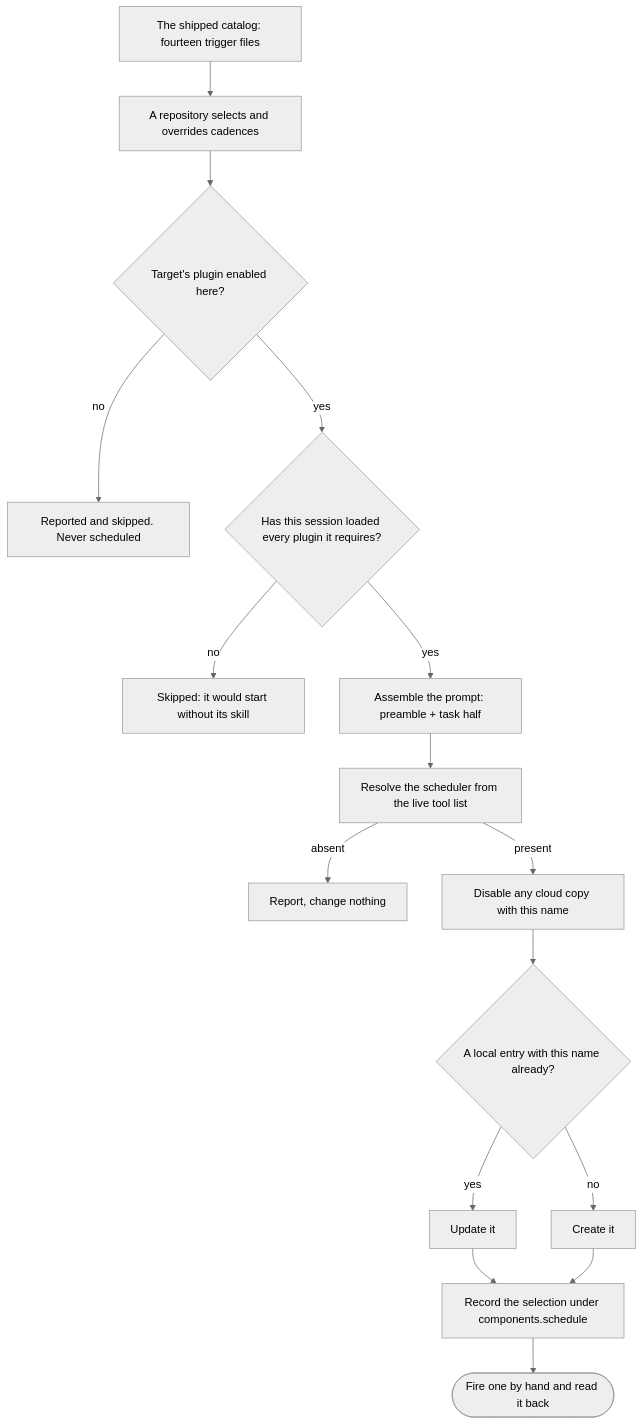
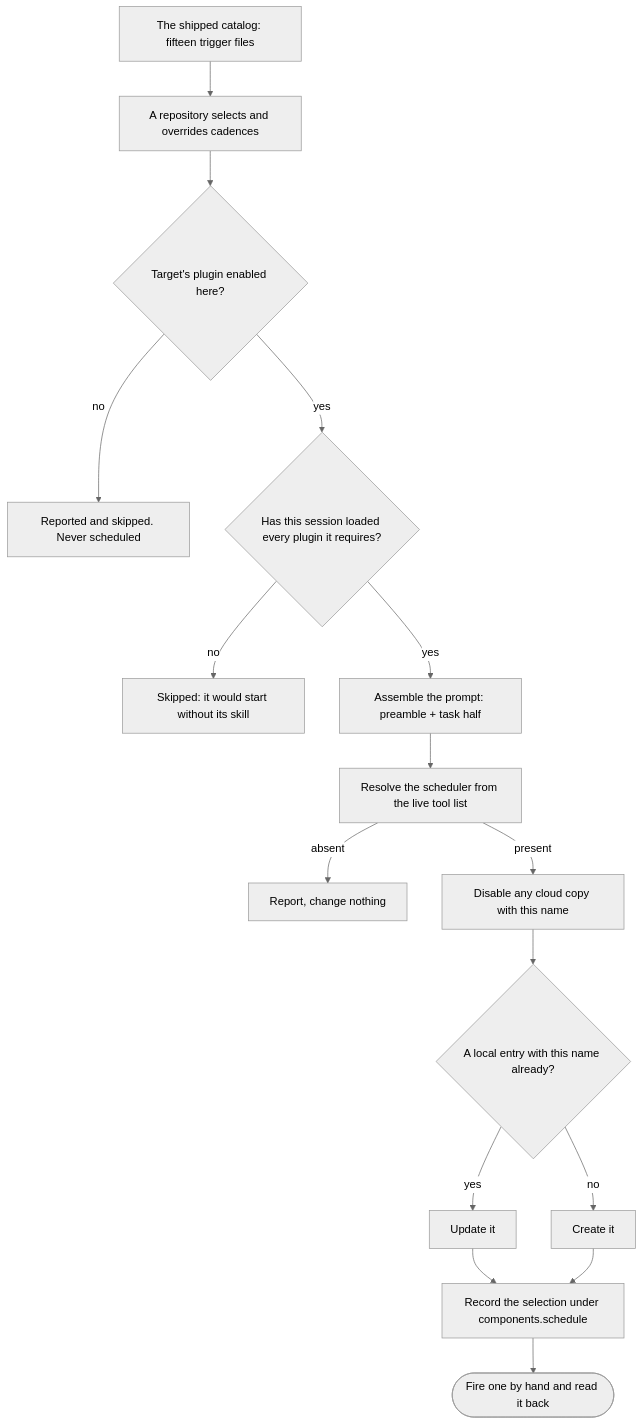
One commit to JSdotNet/ai-agent-stack changed the second of 3 diagrams in .devbook/arc42/building-blocks/delivery-schedule.md. Above: the diagram before and after it, drawn with Mermaid (neutral theme). The commit also changed other lines of this file and 8 other files, not shown here.

````diff
--- a/.devbook/arc42/building-blocks/delivery-schedule.md
+++ b/.devbook/arc42/building-blocks/delivery-schedule.md
@@ -616,18 +619,18 @@
 ```mermaid
 flowchart TD
-    catalog["The shipped catalog: fourteen trigger files"] --> select["A repository selects and overrides cadences"]
+    catalog["The shipped catalog: fifteen trigger files"] --> select["A repository selects and overrides cadences"]
     select --> enabled{"Target's plugin enabled here?"}
     enabled -->|no| skipped["Reported and skipped. Never scheduled"]
     enabled -->|yes| loaded{"Has this session loaded every plugin it requires?"}
     loaded -->|no| refused["Skipped: it would start without its skill"]
     loaded -->|yes| assemble["Assemble the prompt: preamble + task half"]
     assemble --> resolve["Resolve the scheduler from the live tool list"]
     resolve -->|absent| noop["Report, change nothing"]
     resolve -->|present| retire["Disable any cloud copy with this name"]
     retire --> match{"A local entry with this name already?"}
     match -->|yes| update["Update it"]
     match -->|no| create["Create it"]
     update --> stamp["Record the selection under components.schedule"]
     create --> stamp
     stamp --> prove(["Fire one by hand and read it back"])
 ```
````
